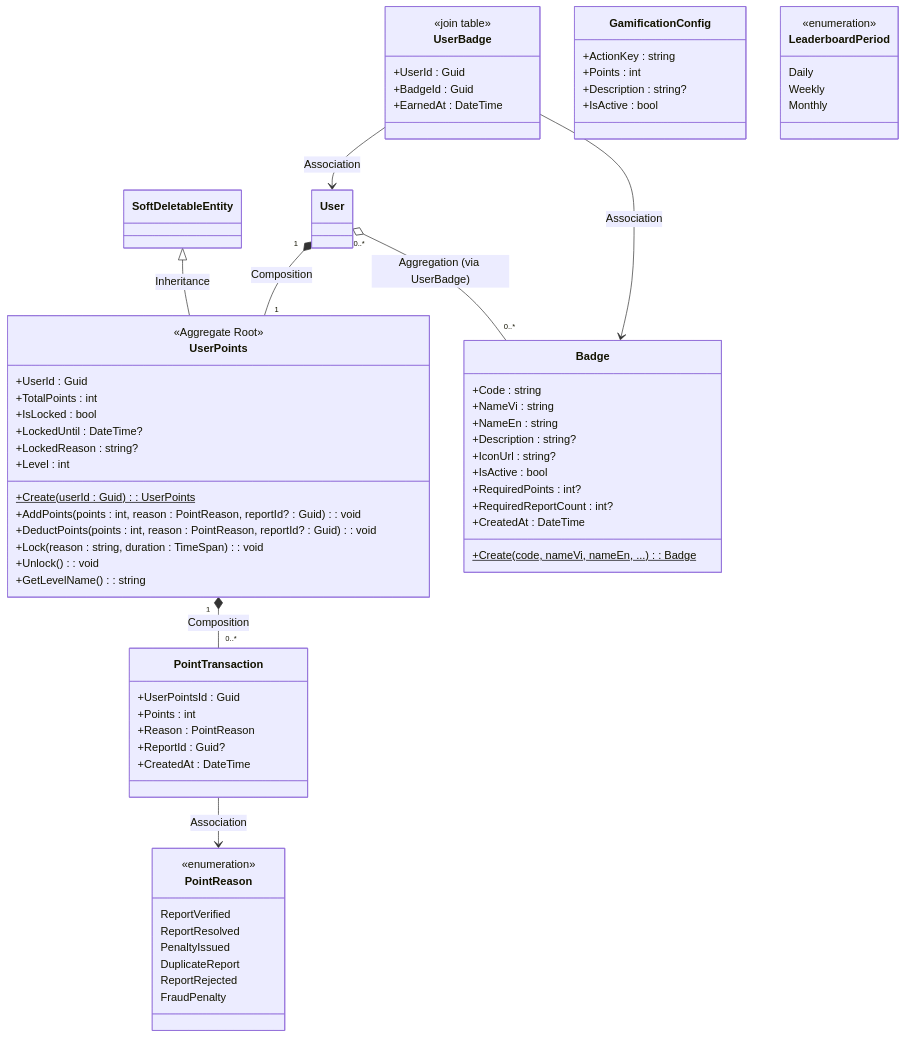
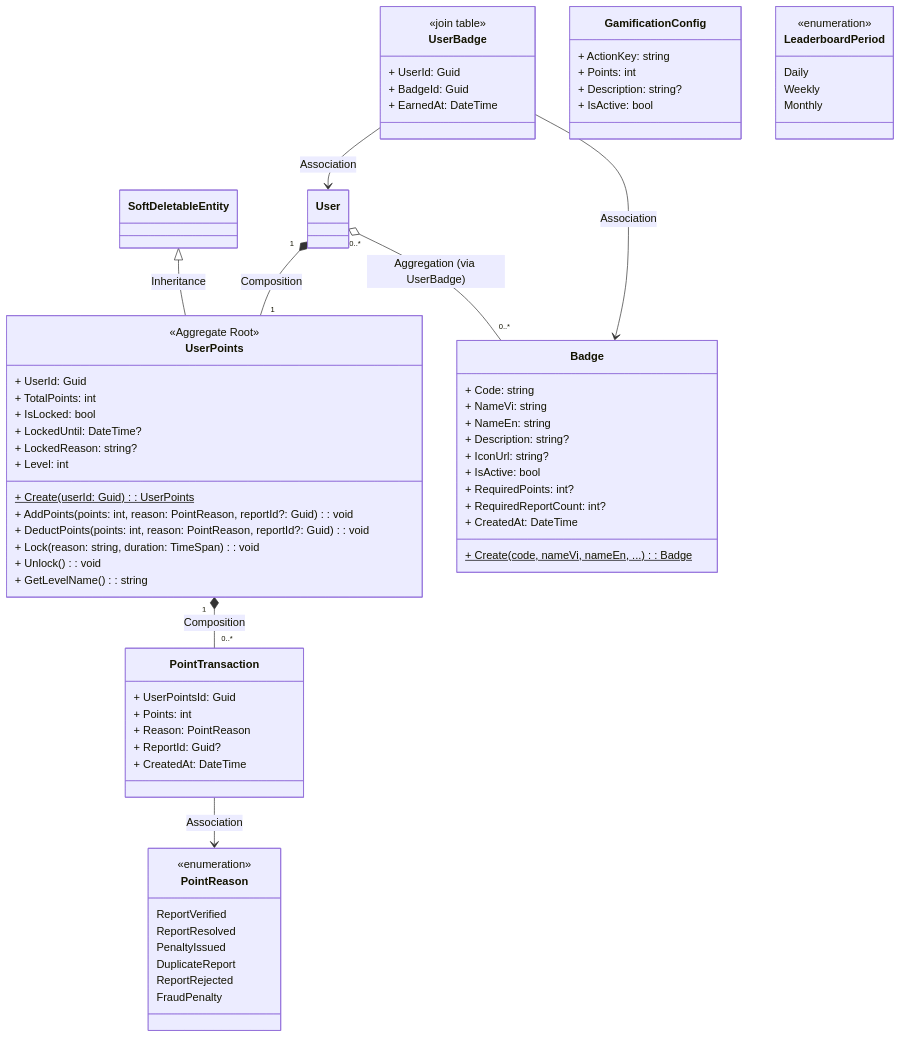
The tenth of 14 diagrams in docs/BusinessRule/CLASS_DIAGRAMS.md (Capstonne-Project/greenlens-service), drawn with Mermaid before and after one commit. The commit also changed other lines of this file, not shown here.

Commit message:
chore(docs): class diagram md enhance format

````diff
--- a/docs/BusinessRule/CLASS_DIAGRAMS.md
+++ b/docs/BusinessRule/CLASS_DIAGRAMS.md
@@ -858,81 +858,81 @@
 ```mermaid
 classDiagram
     class UserPoints {
         <<Aggregate Root>>
-        +UserId : Guid
-        +TotalPoints : int
-        +IsLocked : bool
-        +LockedUntil : DateTime?
-        +LockedReason : string?
-        +Level : int
-        +Create(userId : Guid) : UserPoints$
-        +AddPoints(points : int, reason : PointReason, reportId? : Guid) : void
-        +DeductPoints(points : int, reason : PointReason, reportId? : Guid) : void
-        +Lock(reason : string, duration : TimeSpan) : void
-        +Unlock() : void
-        +GetLevelName() : string
+        + UserId: Guid
+        + TotalPoints: int
+        + IsLocked: bool
+        + LockedUntil: DateTime?
+        + LockedReason: string?
+        + Level: int
+        + Create(userId: Guid): UserPoints$
+        + AddPoints(points: int, reason: PointReason, reportId?: Guid): void
+        + DeductPoints(points: int, reason: PointReason, reportId?: Guid): void
+        + Lock(reason: string, duration: TimeSpan): void
+        + Unlock(): void
+        + GetLevelName(): string
     }
 
     class PointTransaction {
-        +UserPointsId : Guid
-        +Points : int
-        +Reason : PointReason
-        +ReportId : Guid?
-        +CreatedAt : DateTime
+        + UserPointsId: Guid
+        + Points: int
+        + Reason: PointReason
+        + ReportId: Guid?
+        + CreatedAt: DateTime
     }
 
     class Badge {
-        +Code : string
-        +NameVi : string
-        +NameEn : string
-        +Description : string?
-        +IconUrl : string?
-        +IsActive : bool
-        +RequiredPoints : int?
-        +RequiredReportCount : int?
-        +CreatedAt : DateTime
-        +Create(code, nameVi, nameEn, ...) : Badge$
+        + Code: string
+        + NameVi: string
+        + NameEn: string
+        + Description: string?
+        + IconUrl: string?
+        + IsActive: bool
+        + RequiredPoints: int?
+        + RequiredReportCount: int?
+        + CreatedAt: DateTime
+        + Create(code, nameVi, nameEn, ...): Badge$
     }
 
     class UserBadge {
         <<join table>>
-        +UserId : Guid
-        +BadgeId : Guid
-        +EarnedAt : DateTime
+        + UserId: Guid
+        + BadgeId: Guid
+        + EarnedAt: DateTime
     }
 
     class GamificationConfig {
-        +ActionKey : string
-        +Points : int
-        +Description : string?
-        +IsActive : bool
+        + ActionKey: string
+        + Points: int
+        + Description: string?
+        + IsActive: bool
     }
 
     class PointReason {
         <<enumeration>>
         ReportVerified
         ReportResolved
         PenaltyIssued
         DuplicateReport
         ReportRejected
         FraudPenalty
     }
 
     class LeaderboardPeriod {
         <<enumeration>>
         Daily
         Weekly
         Monthly
     }
 
     SoftDeletableEntity <|-- UserPoints : Inheritance
 
     User "1" *-- "1" UserPoints : Composition
     UserPoints "1" *-- "0..*" PointTransaction : Composition
 
     User "0..*" o-- "0..*" Badge : Aggregation (via UserBadge)
 
     PointTransaction --> PointReason : Association
     UserBadge --> User : Association
     UserBadge --> Badge : Association
 ```
````
